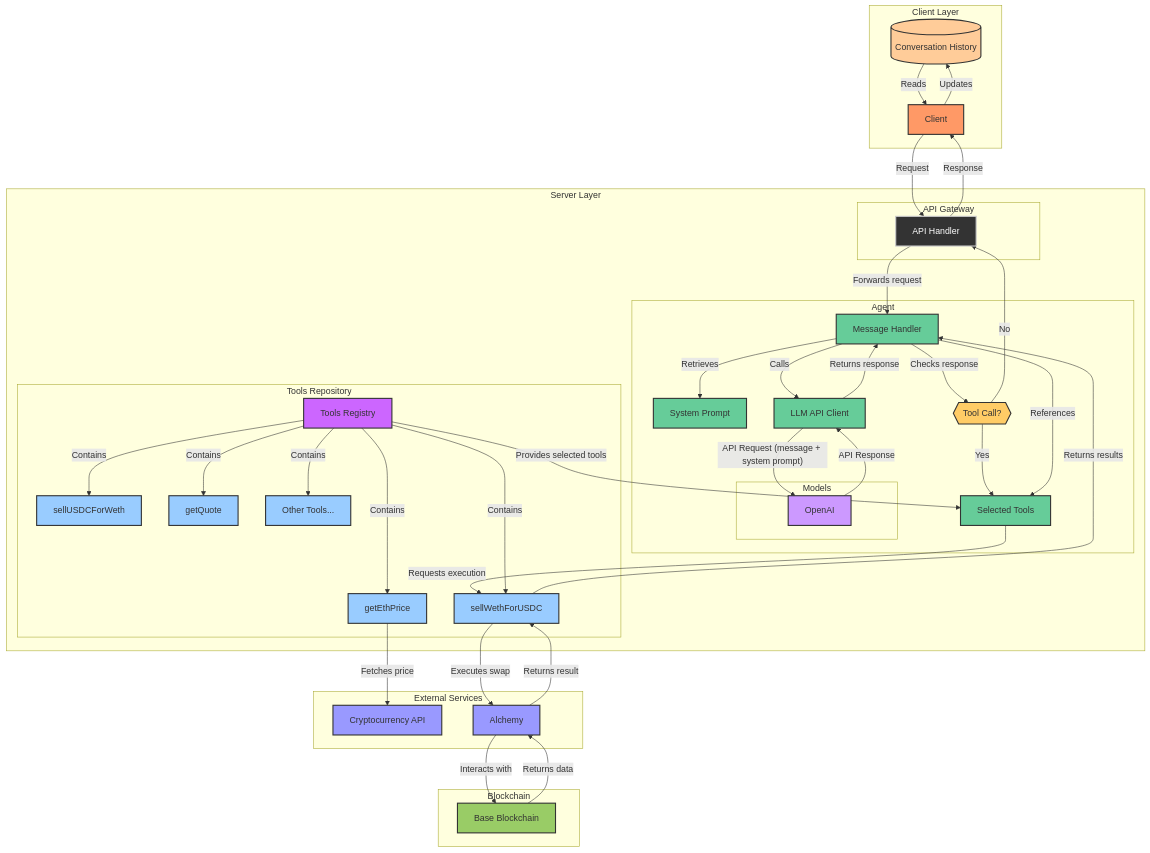
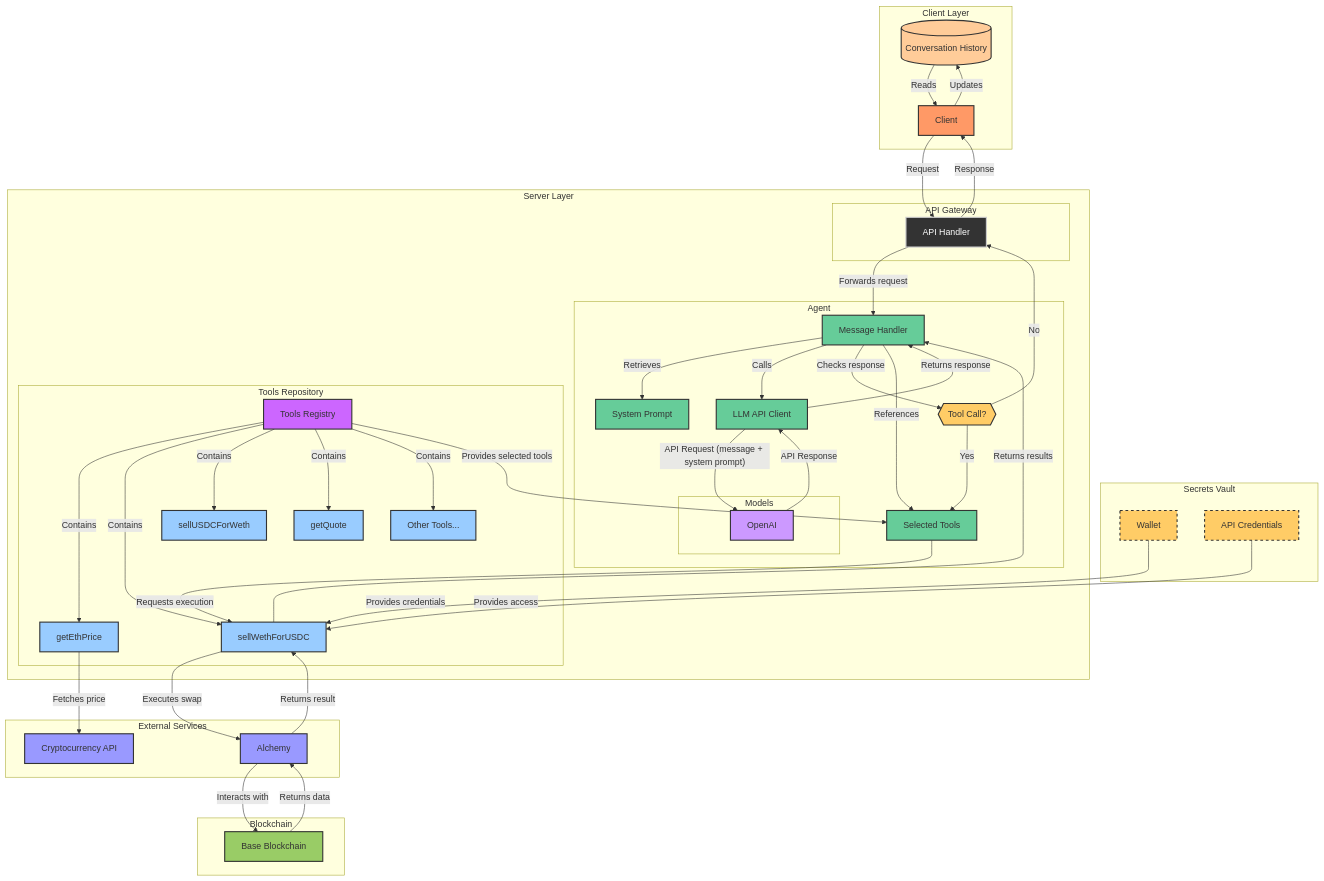
The diagram in server/lib/levels/flowcharts/level05.md (motechFR/ai-agents-demo), drawn with Mermaid before and after one commit.

Commit message:
Cleanup diagram

````diff
--- a/server/lib/levels/flowcharts/level05.md
+++ b/server/lib/levels/flowcharts/level05.md
@@ -7,6 +7,12 @@
         ConversationHistory -- "Reads" --> Client
     end
 
+
+
+    subgraph Secrets Vault
+        Wallet["Wallet"]
+        APICredentials["API Credentials"]
+    end
 
     subgraph Server Layer
         subgraph API Gateway
@@ -62,6 +68,8 @@
     APIHandler -- "Response" --> Client
     ToolsRegistry -- "Provides selected tools" --> SelectedTools
 
+    Wallet -- "Provides credentials" --> SellWethForUSDC
+    APICredentials -- "Provides access" --> SellWethForUSDC
 
     subgraph Blockchain
         Base["Base Blockchain"]
@@ -89,6 +97,7 @@
     classDef repositoryStyle fill:#c6f,stroke:#333,stroke-width:2px;
     classDef decisionStyle fill:#fc6,stroke:#333,stroke-width:2px;
     classDef blockchainStyle fill:#9c6,stroke:#333,stroke-width:2px;
+    classDef secretsStyle fill:#fc6,stroke:#333,stroke-width:2px,stroke-dasharray: 5 5;
 
 
     class Client clientStyle;
@@ -101,4 +110,5 @@
     class ToolsRegistry repositoryStyle;
     class ToolCallTest decisionStyle;
     class Base blockchainStyle;
+    class Wallet,APICredentials secretsStyle;
 ```
````
